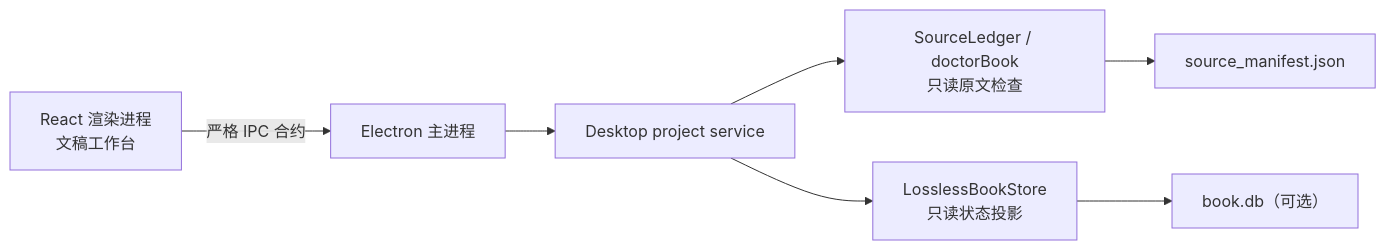
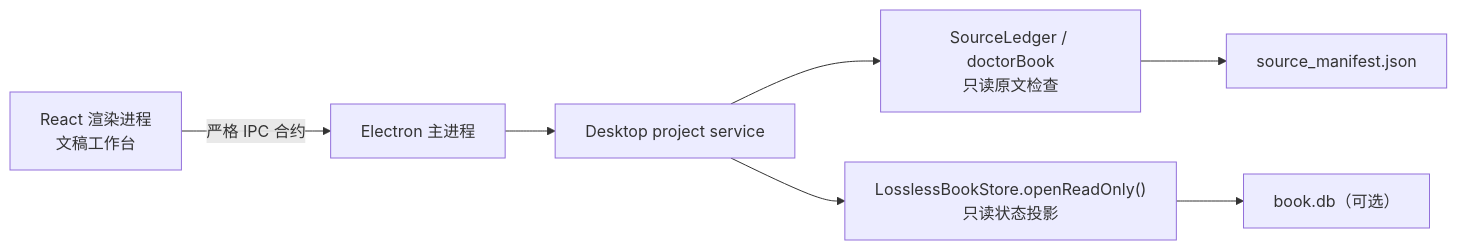
One commit to daanaagua/novel-translate changed the diagram in docs/superpowers/specs/2026-07-22-folioloom-desktop-alpha-design.md. Above: the diagram before and after it, drawn with Mermaid. The commit also changed other lines of this file, not shown here.

Commit message:
docs: clarify desktop read-only store

````diff
--- a/docs/superpowers/specs/2026-07-22-folioloom-desktop-alpha-design.md
+++ b/docs/superpowers/specs/2026-07-22-folioloom-desktop-alpha-design.md
@@ -39,9 +39,9 @@
 ```mermaid
 flowchart LR
   R["React 渲染进程\n文稿工作台"] -->|"严格 IPC 合约"| M["Electron 主进程"]
   M --> S["Desktop project service"]
   S --> L["SourceLedger / doctorBook\n只读原文检查"]
-  S --> D["LosslessBookStore\n只读状态投影"]
+  S --> D["LosslessBookStore.openReadOnly()\n只读状态投影"]
   L --> F["source_manifest.json"]
   D --> B["book.db（可选）"]
 ```
````
